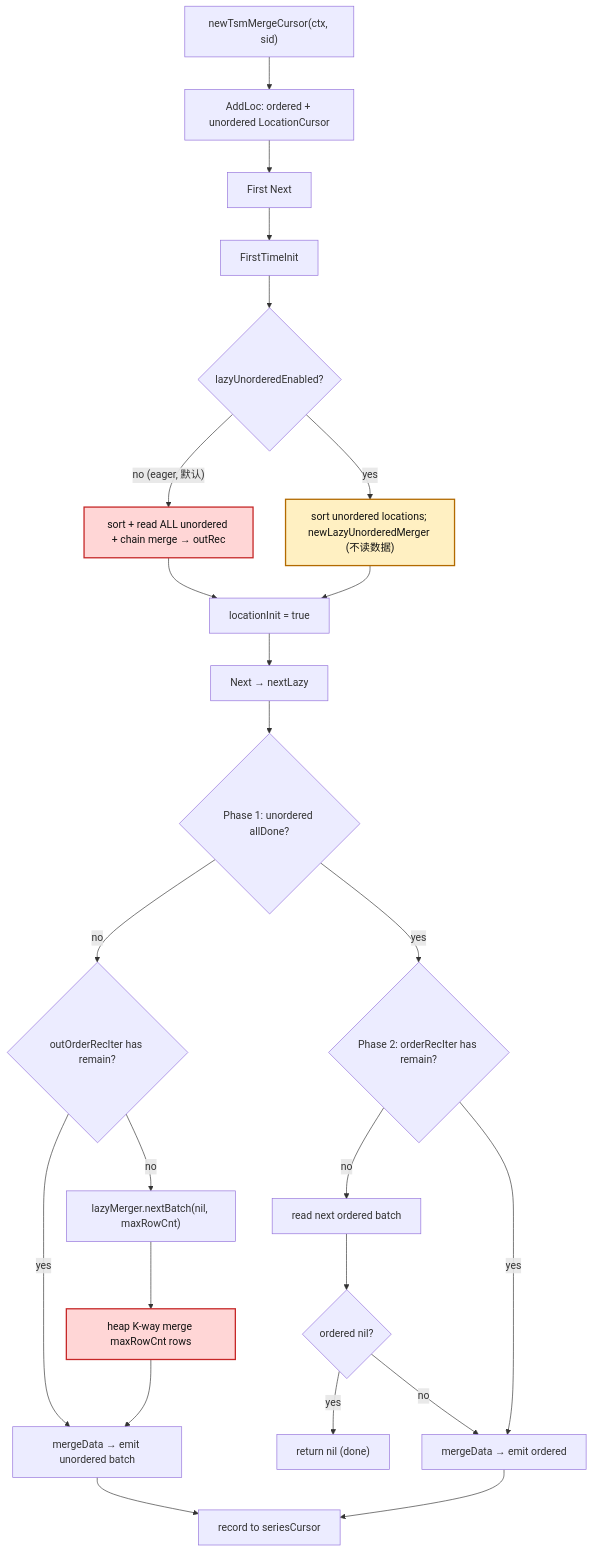
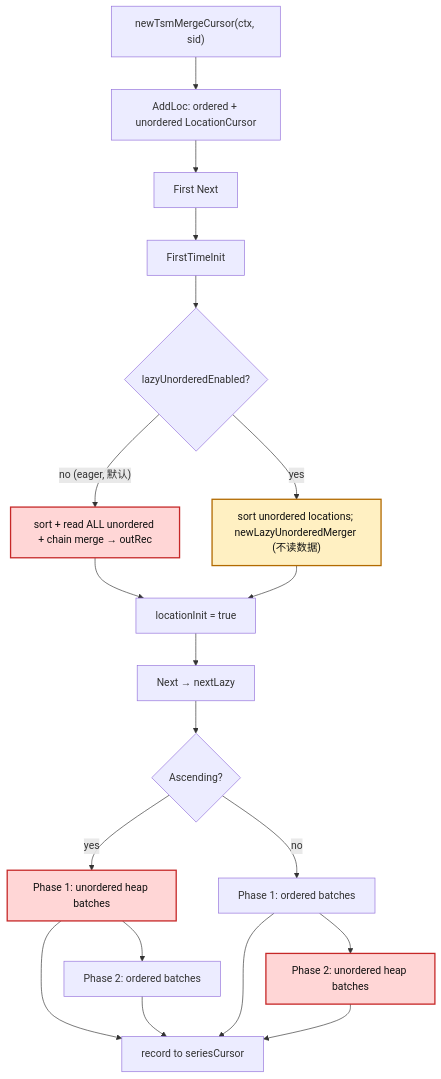
The fourth of 8 diagrams in tsmMergeCursor_unordered_merge_proposal.md (zhiwangdu/openGemini), drawn with Mermaid before and after one commit. The commit also changed other lines of this file, not shown here.

Commit message:
docs: clarify descending lazy unordered merge

````diff
--- a/tsmMergeCursor_unordered_merge_proposal.md
+++ b/tsmMergeCursor_unordered_merge_proposal.md
@@ -282,33 +286,29 @@
 ```mermaid
 flowchart TD
     A["newTsmMergeCursor(ctx, sid)"] --> B["AddLoc: ordered + unordered LocationCursor"]
     B --> O["First Next"]
     O --> P["FirstTimeInit"]
     P --> Q{"lazyUnorderedEnabled?"}
     Q -- "no (eager, 默认)" --> S["sort + read ALL unordered + chain merge → outRec"]
     Q -- "yes" --> R["sort unordered locations; newLazyUnorderedMerger (不读数据)"]
     S --> T["locationInit = true"]
     R --> T
 
     T --> N["Next → nextLazy"]
-    N --> P1{"Phase 1: unordered allDone?"}
-    P1 -- "no" --> P1a{"outOrderRecIter has remain?"}
-    P1a -- "yes" --> P1b["mergeData → emit unordered batch"]
-    P1a -- "no" --> P1c["lazyMerger.nextBatch(nil, maxRowCnt)"]
-    P1c --> P1d["heap K-way merge maxRowCnt rows"]
-    P1d --> P1b
-    P1b --> OUT["record to seriesCursor"]
-    P1 -- "yes" --> P2{"Phase 2: orderRecIter has remain?"}
-    P2 -- "no" --> P2a["read next ordered batch"]
-    P2a --> P2b{"ordered nil?"}
-    P2b -- "yes" --> P2c["return nil (done)"]
-    P2b -- "no" --> P2d["mergeData → emit ordered"]
-    P2 -- "yes" --> P2d
-    P2d --> OUT
+    N --> D{"Ascending?"}
+    D -- "yes" --> AU["Phase 1: unordered heap batches"]
+    AU --> AO["Phase 2: ordered batches"]
+    D -- "no" --> DO["Phase 1: ordered batches"]
+    DO --> DU["Phase 2: unordered heap batches"]
+    AU --> OUT["record to seriesCursor"]
+    AO --> OUT
+    DO --> OUT
+    DU --> OUT
 
     S:::hot
     R:::amp
-    P1d:::hot
+    AU:::hot
+    DU:::hot
     classDef hot fill:#ffd6d6,stroke:#c62828,stroke-width:2px,color:#111;
     classDef amp fill:#fff0c2,stroke:#b26a00,stroke-width:2px,color:#111;
 ```
````
